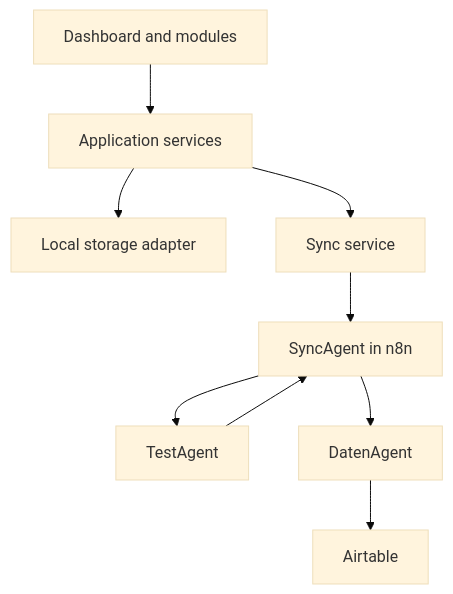
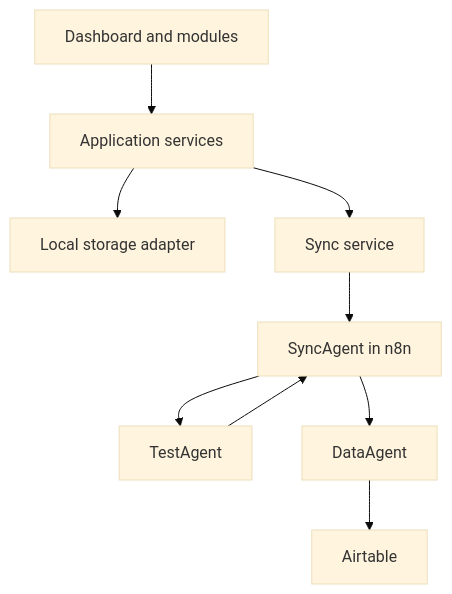
One commit to Varudan/goldendawn-os changed the diagram in README.md. Above: the diagram before and after it, drawn with Mermaid (base theme). The commit also changed other lines of this file and 8 other files, not shown here.

Commit message:
docs: plan local modules and standardize DataAgent naming (#15)

````diff
--- a/README.md
+++ b/README.md
@@ -36,11 +39,11 @@
 ```mermaid
 flowchart TD
     UI["Dashboard and modules"] --> Services["Application services"]
     Services --> Local["Local storage adapter"]
     Services --> Sync["Sync service"]
     Sync --> Agent["SyncAgent in n8n"]
     Agent --> Test["TestAgent"]
-    Agent --> Data["DatenAgent"]
+    Agent --> Data["DataAgent"]
     Test --> Agent
     Data --> Airtable["Airtable"]
 ```
````
